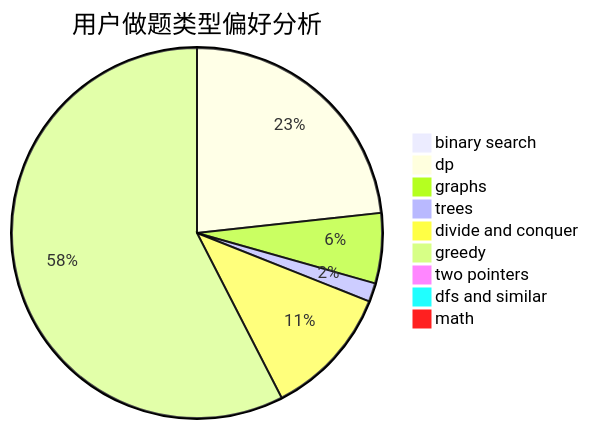
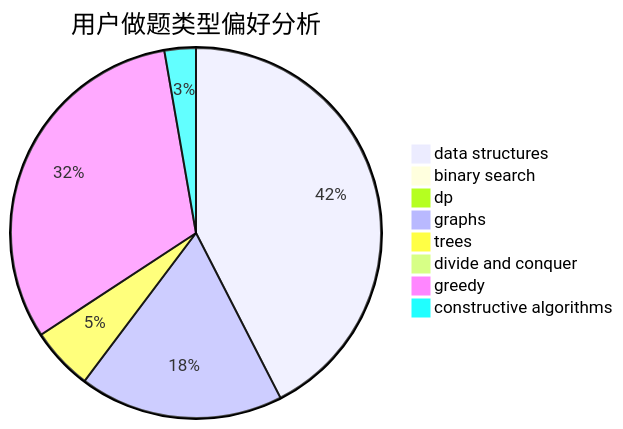
Before and after one commit to sherpahu/cfrs.github.io: the second of 3 diagrams in docs/user/u1397.md, drawn with Mermaid. The commit also changed other lines of this file and 2775 other files, not shown here.

````diff
--- a/docs/user/u1397.md
+++ b/docs/user/u1397.md
@@ -23,12 +23,11 @@
 ```mermaid
 pie title 用户做题类型偏好分析
+    "data structures" :  31
     "binary search" :  0
-    "dp" :  57
-    "graphs" :  15
+    "dp" :  0
+    "graphs" :  13
     "trees" :  4
-    "divide and conquer" :  28
-    "greedy" :  141
-    "two pointers" :  0
-    "dfs and similar" :  0
-    "math" :  0
+    "divide and conquer" :  0
+    "greedy" :  23
+    "constructive algorithms" :  2
 ```
````
